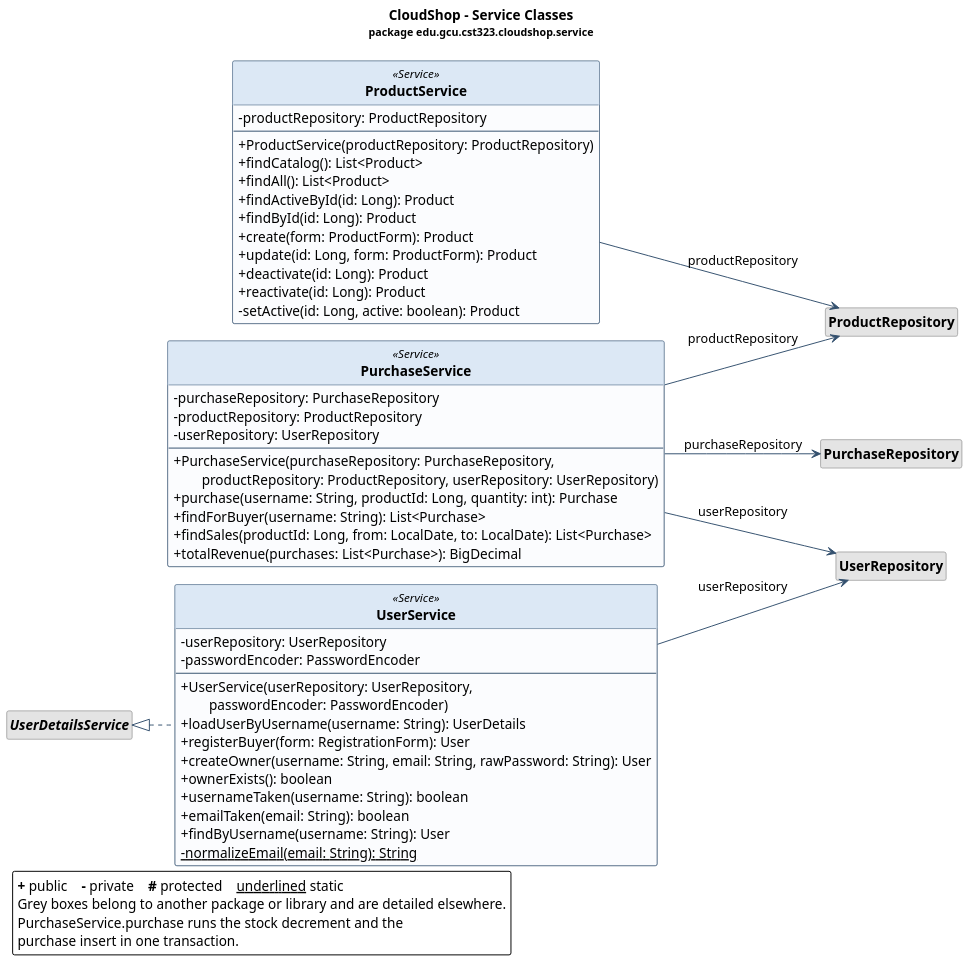
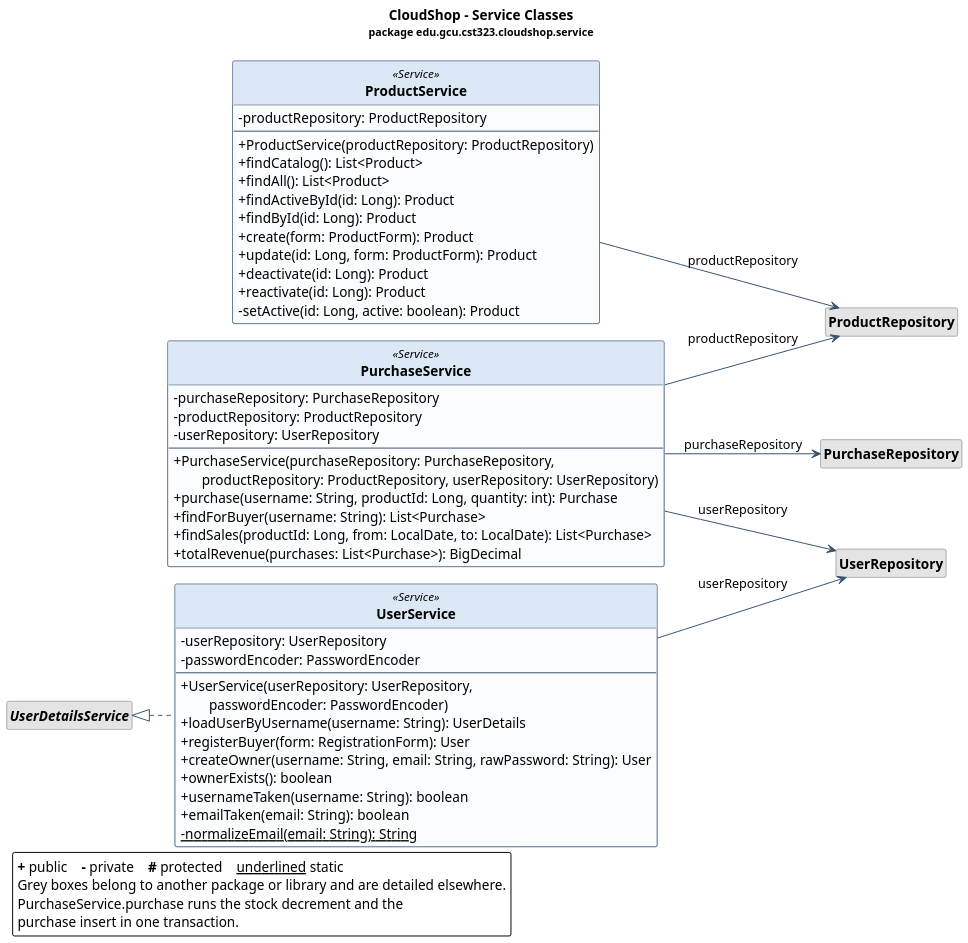
One commit to dimijimz/cst-323-cloudshop changed the diagram in docs/diagrams/uml-services.puml. Above: the diagram before and after it, drawn with PlantUML. The commit also changed 11 other files, not shown here.

First line of the commit message:
Regenerate the class diagrams for Milestone 5 and export them

```diff
--- a/docs/diagrams/uml-services.puml
+++ b/docs/diagrams/uml-services.puml
@@ -1,91 +1,90 @@
 @startuml uml-services
 ' GENERATED by docs/diagrams/tools/UmlClassDiagrams.java from target/classes.
 ' Do not edit by hand: change the Java code and run docs/diagrams/render.sh.
 !pragma layout smetana
 left to right direction
 skinparam dpi 150
 skinparam classAttributeIconSize 0
 skinparam backgroundColor white
 skinparam shadowing false
 skinparam defaultFontName Arial
 skinparam roundCorner 4
 skinparam class {
     BackgroundColor #FBFCFE
     BorderColor #33506E
     ArrowColor #33506E
     HeaderBackgroundColor #DCE8F5
     FontStyle bold
     BackgroundColor<<external>> #F2F2F2
     HeaderBackgroundColor<<external>> #E4E4E4
     BorderColor<<external>> #8A8A8A
 }
 hide circle
 hide <<external>> stereotype
 
 title CloudShop - Service Classes\n<size:11>package edu.gcu.cst323.cloudshop.service</size>
 
 class ProductService <<Service>> {
     - productRepository: ProductRepository
     --
     + ProductService(productRepository: ProductRepository)
     + findCatalog(): List<Product>
     + findAll(): List<Product>
     + findActiveById(id: Long): Product
     + findById(id: Long): Product
     + create(form: ProductForm): Product
     + update(id: Long, form: ProductForm): Product
     + deactivate(id: Long): Product
     + reactivate(id: Long): Product
     - setActive(id: Long, active: boolean): Product
 }
 
 class PurchaseService <<Service>> {
     - purchaseRepository: PurchaseRepository
     - productRepository: ProductRepository
     - userRepository: UserRepository
     --
     + PurchaseService(purchaseRepository: PurchaseRepository,\n        productRepository: ProductRepository, userRepository: UserRepository)
     + purchase(username: String, productId: Long, quantity: int): Purchase
     + findForBuyer(username: String): List<Purchase>
     + findSales(productId: Long, from: LocalDate, to: LocalDate): List<Purchase>
     + totalRevenue(purchases: List<Purchase>): BigDecimal
 }
 
 class UserService <<Service>> {
     - userRepository: UserRepository
     - passwordEncoder: PasswordEncoder
     --
     + UserService(userRepository: UserRepository,\n        passwordEncoder: PasswordEncoder)
     + loadUserByUsername(username: String): UserDetails
     + registerBuyer(form: RegistrationForm): User
     + createOwner(username: String, email: String, rawPassword: String): User
     + ownerExists(): boolean
     + usernameTaken(username: String): boolean
     + emailTaken(email: String): boolean
-    + findByUsername(username: String): User
     - {static} normalizeEmail(email: String): String
 }
 
 class ProductRepository <<external>>
 hide ProductRepository members
 class PurchaseRepository <<external>>
 hide PurchaseRepository members
 class UserRepository <<external>>
 hide UserRepository members
 interface "UserDetailsService" as UserDetailsService <<external>>
 hide UserDetailsService members
 
 ProductService --> ProductRepository : productRepository
 PurchaseService --> PurchaseRepository : purchaseRepository
 PurchaseService --> ProductRepository : productRepository
 PurchaseService --> UserRepository : userRepository
 UserDetailsService <|.. UserService
 UserService --> UserRepository : userRepository
 
 legend bottom left
     <b>+</b> public    <b>-</b> private    <b>#</b> protected    <u>underlined</u> static
     Grey boxes belong to another package or library and are detailed elsewhere.
     PurchaseService.purchase runs the stock decrement and the
     purchase insert in one transaction.
 endlegend
 @enduml
```
